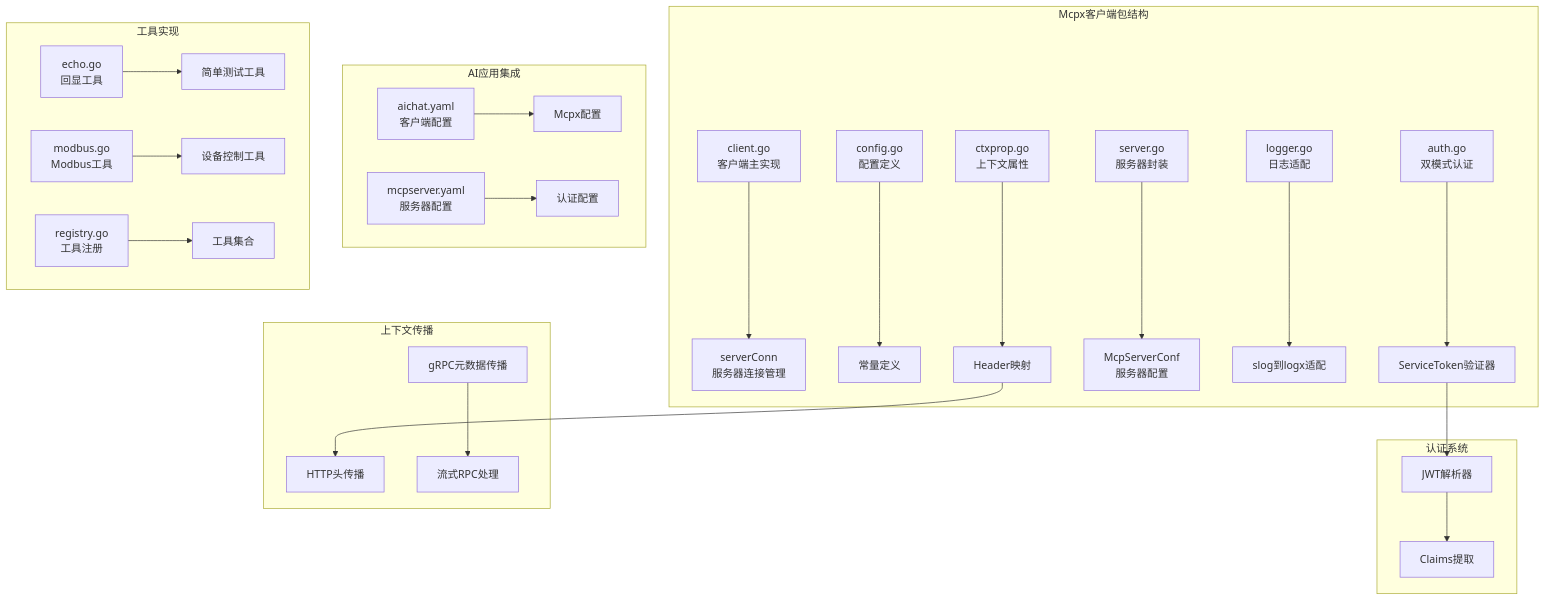
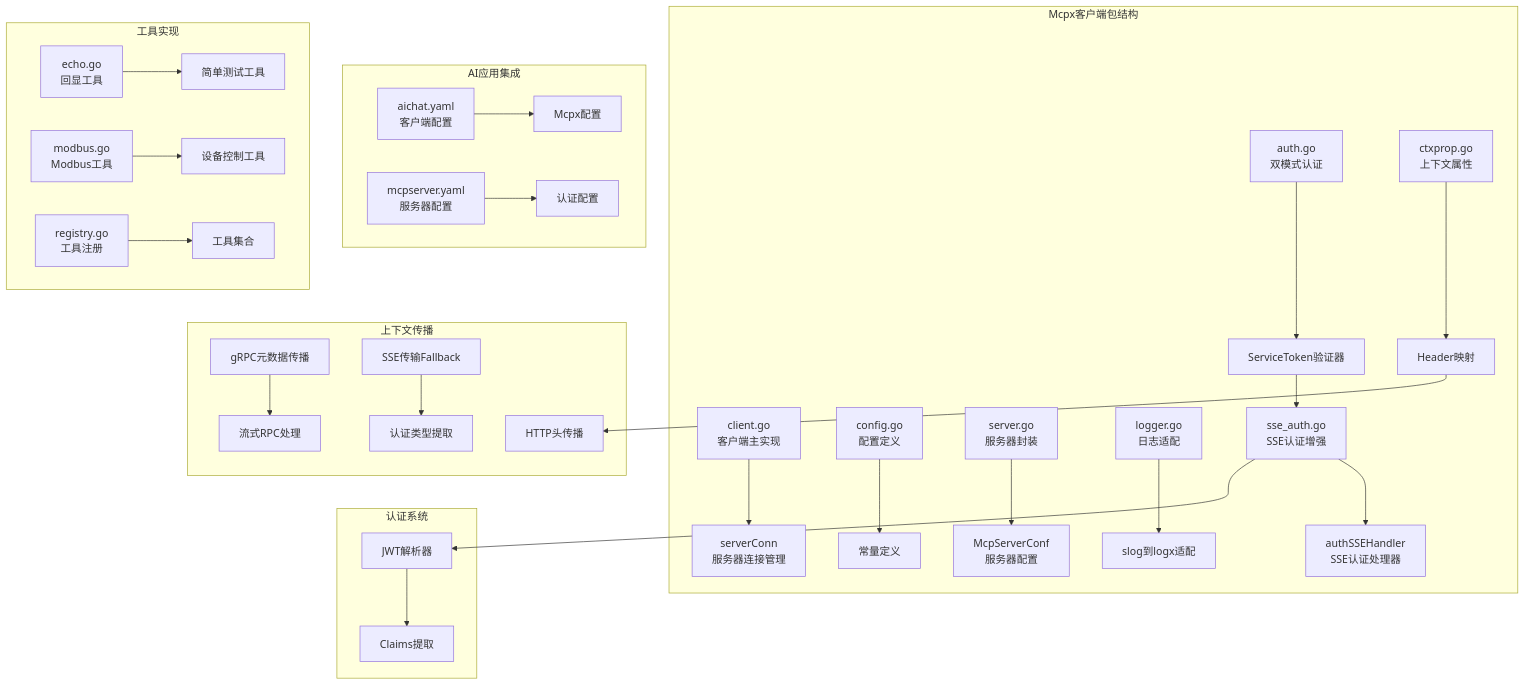
Before and after one commit to maomao94/zero-service: the first of 19 diagrams in .qoder/repowiki/zh/content/核心服务详解/Mcpx客户端包.md, drawn with Mermaid. The commit also changed other lines of this file and 11 other files, not shown here.

````diff
--- a/.qoder/repowiki/zh/content/核心服务详解/Mcpx客户端包.md
+++ b/.qoder/repowiki/zh/content/核心服务详解/Mcpx客户端包.md
@@ -60,28 +62,31 @@
 ```mermaid
 graph TB
 subgraph "Mcpx客户端包结构"
 A[client.go<br/>客户端主实现] --> B[serverConn<br/>服务器连接管理]
 C[config.go<br/>配置定义] --> D[常量定义]
 E[auth.go<br/>双模式认证] --> F[ServiceToken验证器]
 G[server.go<br/>服务器封装] --> H[McpServerConf<br/>服务器配置]
 I[logger.go<br/>日志适配] --> J[slog到logx适配]
 K[ctxprop.go<br/>上下文属性] --> L[Header映射]
+M[sse_auth.go<br/>SSE认证增强] --> N[authSSEHandler<br/>SSE认证处理器]
 end
 subgraph "认证系统"
-F --> M[JWT解析器]
-M --> N[Claims提取]
+F --> M
+M --> O[JWT解析器]
+O --> P[Claims提取]
 end
 subgraph "上下文传播"
-L --> O[HTTP头传播]
-P[gRPC元数据传播] --> Q[流式RPC处理]
+L --> Q[HTTP头传播]
+R[gRPC元数据传播] --> S[流式RPC处理]
+T[SSE传输Fallback] --> U[认证类型提取]
 end
 subgraph "AI应用集成"
-R[aichat.yaml<br/>客户端配置] --> S[Mcpx配置]
-T[mcpserver.yaml<br/>服务器配置] --> U[认证配置]
+V[aichat.yaml<br/>客户端配置] --> W[Mcpx配置]
+X[mcpserver.yaml<br/>服务器配置] --> Y[认证配置]
 end
 subgraph "工具实现"
-V[echo.go<br/>回显工具] --> W[简单测试工具]
-X[modbus.go<br/>Modbus工具] --> Y[设备控制工具]
-Z[registry.go<br/>工具注册] --> AA[工具集合]
+Z[echo.go<br/>回显工具] --> AA[简单测试工具]
+AB[modbus.go<br/>Modbus工具] --> AC[设备控制工具]
+AD[registry.go<br/>工具注册] --> AE[工具集合]
 end
 ```
````
